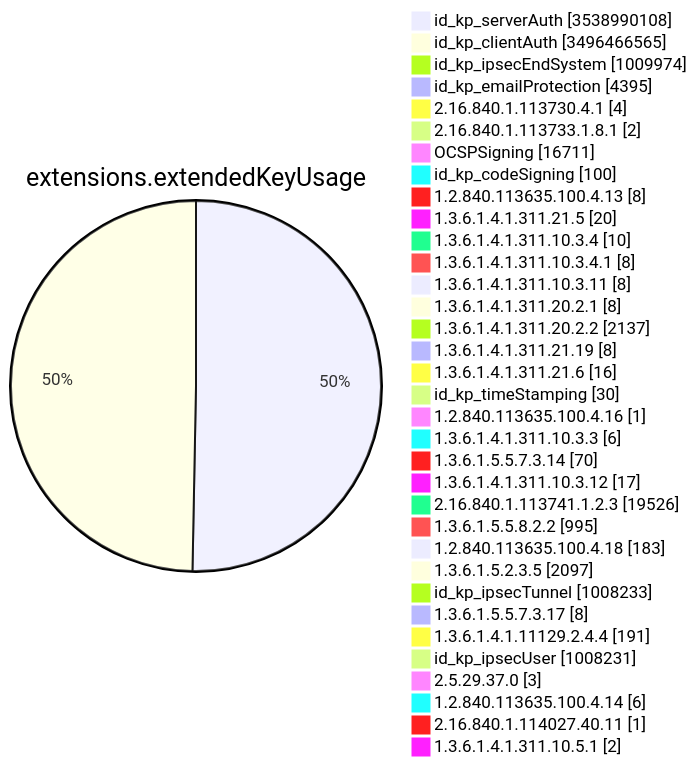
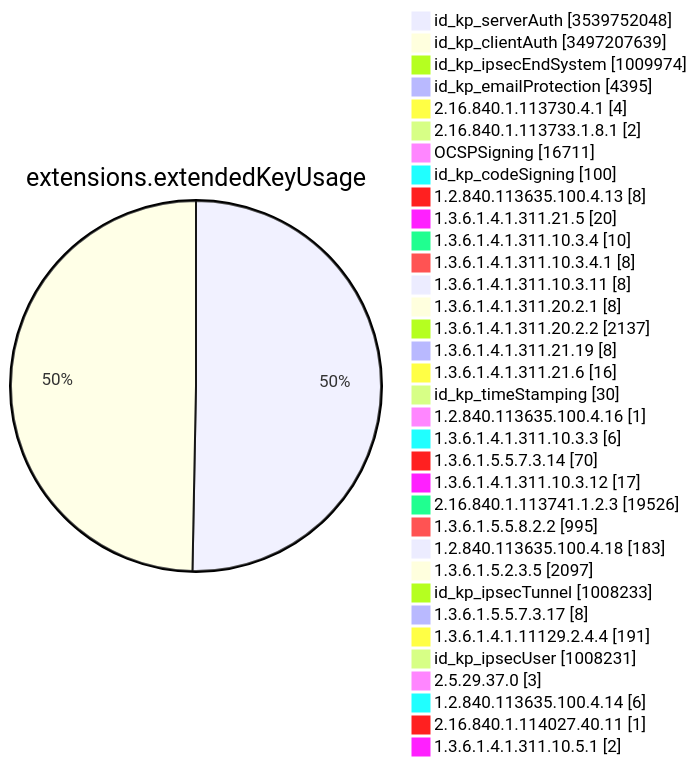
One commit to christiankrug/ctmonitor_visualization changed diagram 11 of 15 in TOTAL/README.md. Above: the diagram before and after it, drawn with Mermaid. The commit also changed other lines of this file, not shown here.

````diff
--- a/TOTAL/README.md
+++ b/TOTAL/README.md
@@ -4127,38 +4127,38 @@
 ```mermaid
 pie showData
 title extensions.extendedKeyUsage
-"id_kp_serverAuth" :3538990108
-"id_kp_clientAuth" :3496466565
+"id_kp_serverAuth" :3539752048
+"id_kp_clientAuth" :3497207639
 "id_kp_ipsecEndSystem" :1009974
 "id_kp_emailProtection" :4395
 "2.16.840.1.113730.4.1" :4
 "2.16.840.1.113733.1.8.1" :2
 "OCSPSigning" :16711
 "id_kp_codeSigning" :100
 "1.2.840.113635.100.4.13" :8
 "1.3.6.1.4.1.311.21.5" :20
 "1.3.6.1.4.1.311.10.3.4" :10
 "1.3.6.1.4.1.311.10.3.4.1" :8
 "1.3.6.1.4.1.311.10.3.11" :8
 "1.3.6.1.4.1.311.20.2.1" :8
 "1.3.6.1.4.1.311.20.2.2" :2137
 "1.3.6.1.4.1.311.21.19" :8
 "1.3.6.1.4.1.311.21.6" :16
 "id_kp_timeStamping" :30
 "1.2.840.113635.100.4.16" :1
 "1.3.6.1.4.1.311.10.3.3" :6
 "1.3.6.1.5.5.7.3.14" :70
 "1.3.6.1.4.1.311.10.3.12" :17
 "2.16.840.1.113741.1.2.3" :19526
 "1.3.6.1.5.5.8.2.2" :995
 "1.2.840.113635.100.4.18" :183
 "1.3.6.1.5.2.3.5" :2097
 "id_kp_ipsecTunnel" :1008233
 "1.3.6.1.5.5.7.3.17" :8
 "1.3.6.1.4.1.11129.2.4.4" :191
 "id_kp_ipsecUser" :1008231
 "2.5.29.37.0" :3
 "1.2.840.113635.100.4.14" :6
 "2.16.840.1.114027.40.11" :1
 "1.3.6.1.4.1.311.10.5.1" :2
 ```
````
